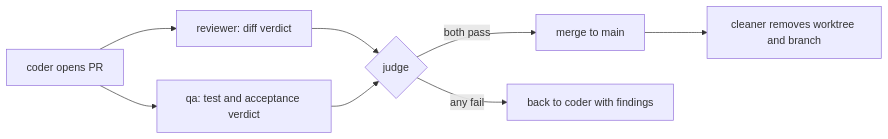
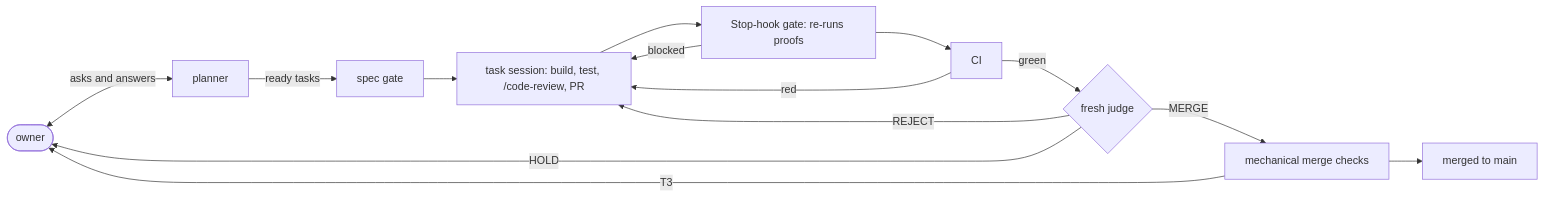
One commit to zqf20096327/dbhub_collect changed the diagram in data/readmes/volekerb__hivemill.md. Above: the diagram before and after it, drawn with Mermaid. The commit also changed other lines of this file and 672 other files, not shown here.

````diff
--- a/data/readmes/volekerb__hivemill.md
+++ b/data/readmes/volekerb__hivemill.md
@@ -152,10 +108,16 @@
 ```mermaid
 flowchart LR
-    coder["coder opens PR"] --> reviewer["reviewer: diff verdict"]
-    coder --> qa["qa: test and acceptance verdict"]
-    reviewer --> judge{"judge"}
-    qa --> judge
-    judge -->|"both pass"| merge["merge to main"]
-    judge -->|"any fail"| retry["back to coder with findings"]
-    merge --> cleaner["cleaner removes worktree and branch"]
+    owner([owner]) <-->|"asks and answers"| planner
+    planner -->|"ready tasks"| specgate["spec gate"]
+    specgate --> task["task session: build, test, /code-review, PR"]
+    task --> stopgate["Stop-hook gate: re-runs proofs"]
+    stopgate -->|"blocked"| task
+    stopgate --> ci["CI"]
+    ci -->|"red"| task
+    ci -->|"green"| judge{"fresh judge"}
+    judge -->|"REJECT"| task
+    judge -->|"HOLD"| owner
+    judge -->|"MERGE"| merge["mechanical merge checks"]
+    merge -->|"T3"| owner
+    merge --> main["merged to main"]
 ```
````
